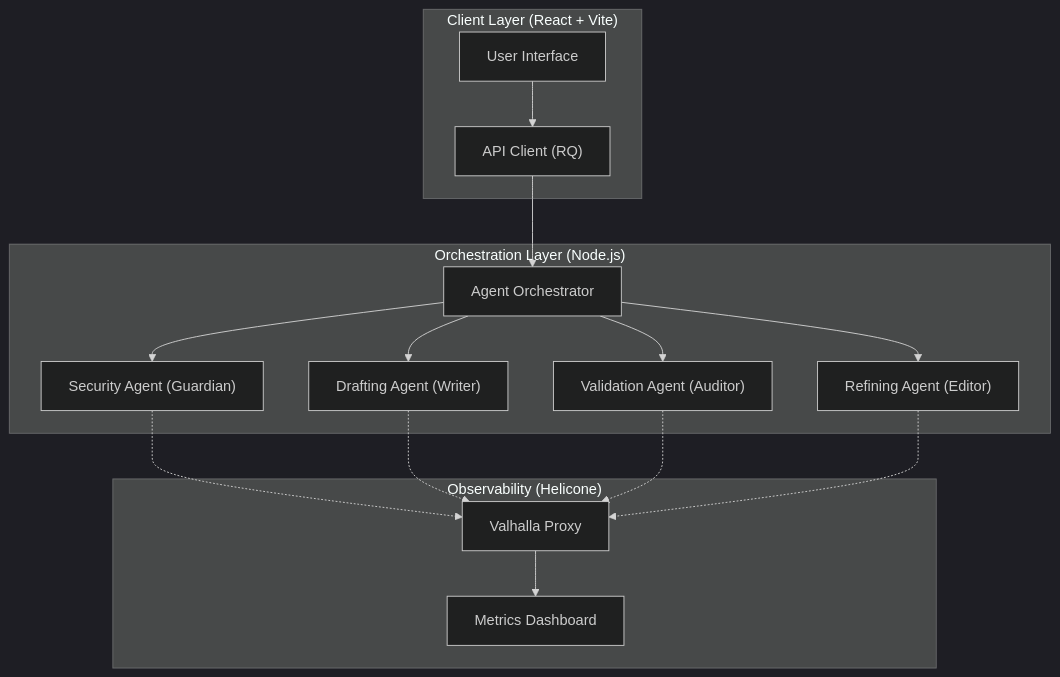
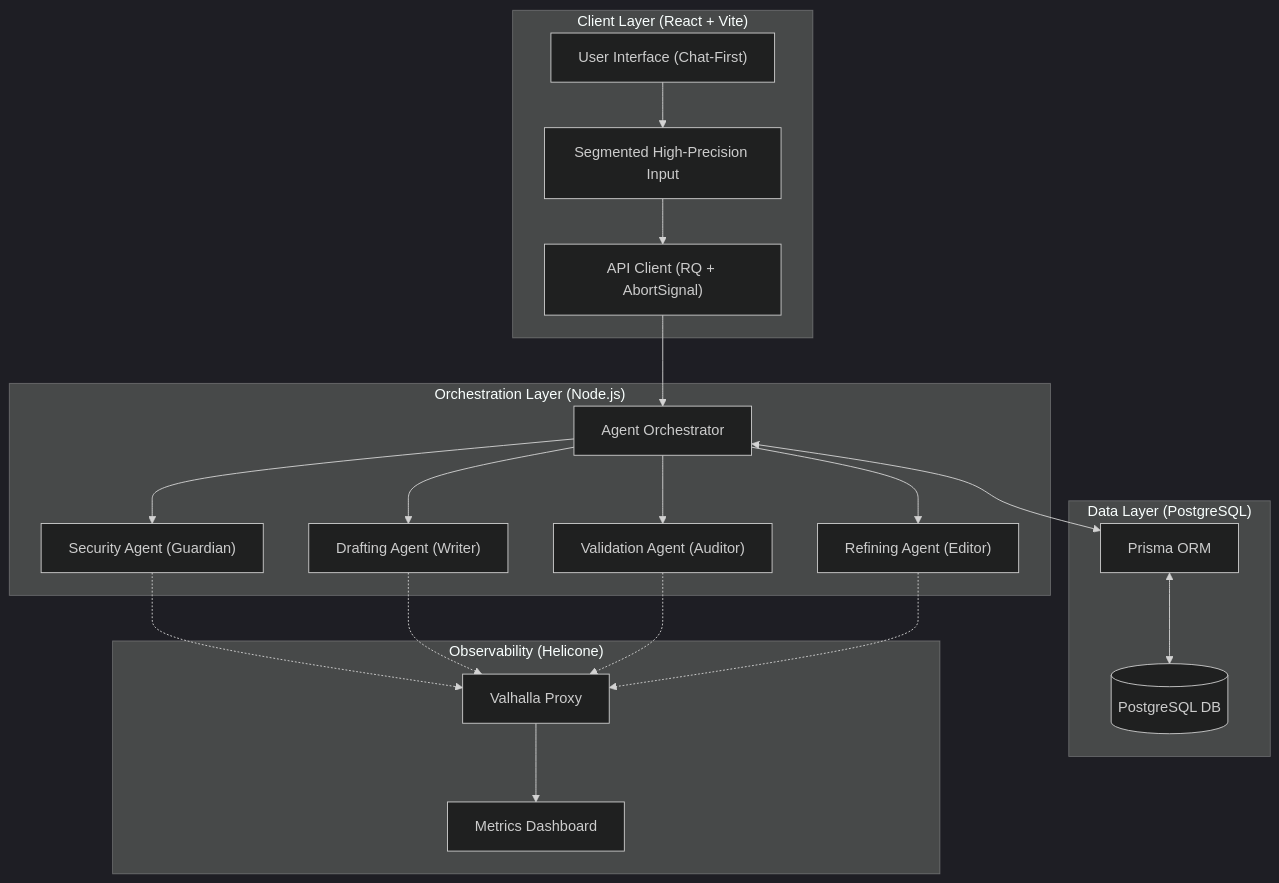
One commit to rs-rajsan/GhostPost changed the first of 2 diagrams in README.md. Above: the diagram before and after it, drawn with Mermaid (dark theme). The commit also changed other lines of this file, not shown here.

````diff
--- a/README.md
+++ b/README.md
@@ -24,31 +26,41 @@
 ```mermaid
 graph TD
     subgraph Client_Layer["Client Layer (React + Vite)"]
-        UI["User Interface"]
-        API["API Client (RQ)"]
+        UI["User Interface (Chat-First)"]
+        SegInput["Segmented High-Precision Input"]
+        API["API Client (RQ + AbortSignal)"]
     end
     
     subgraph Execution_Layer["Orchestration Layer (Node.js)"]
         Orch["Agent Orchestrator"]
         SecAgent["Security Agent (Guardian)"]
         DraftAgent["Drafting Agent (Writer)"]
         AuditAgent["Validation Agent (Auditor)"]
         RefAgent["Refining Agent (Editor)"]
     end
     
+    subgraph Persistence_Layer["Data Layer (PostgreSQL)"]
+        DB[(PostgreSQL DB)]
+        ORM["Prisma ORM"]
+    end
+    
     subgraph Observability_Layer["Observability (Helicone)"]
         Proxy["Valhalla Proxy"]
         Dash["Metrics Dashboard"]
     end
     
-    UI --> API
+    UI --> SegInput
+    SegInput --> API
     API --> Orch
     
     Orch --> SecAgent
     Orch --> DraftAgent
     Orch --> AuditAgent
     Orch --> RefAgent
     
+    Orch <--> ORM
+    ORM <--> DB
+    
     SecAgent & DraftAgent & AuditAgent & RefAgent -.-> Proxy
     Proxy --> Dash
 ```
````
